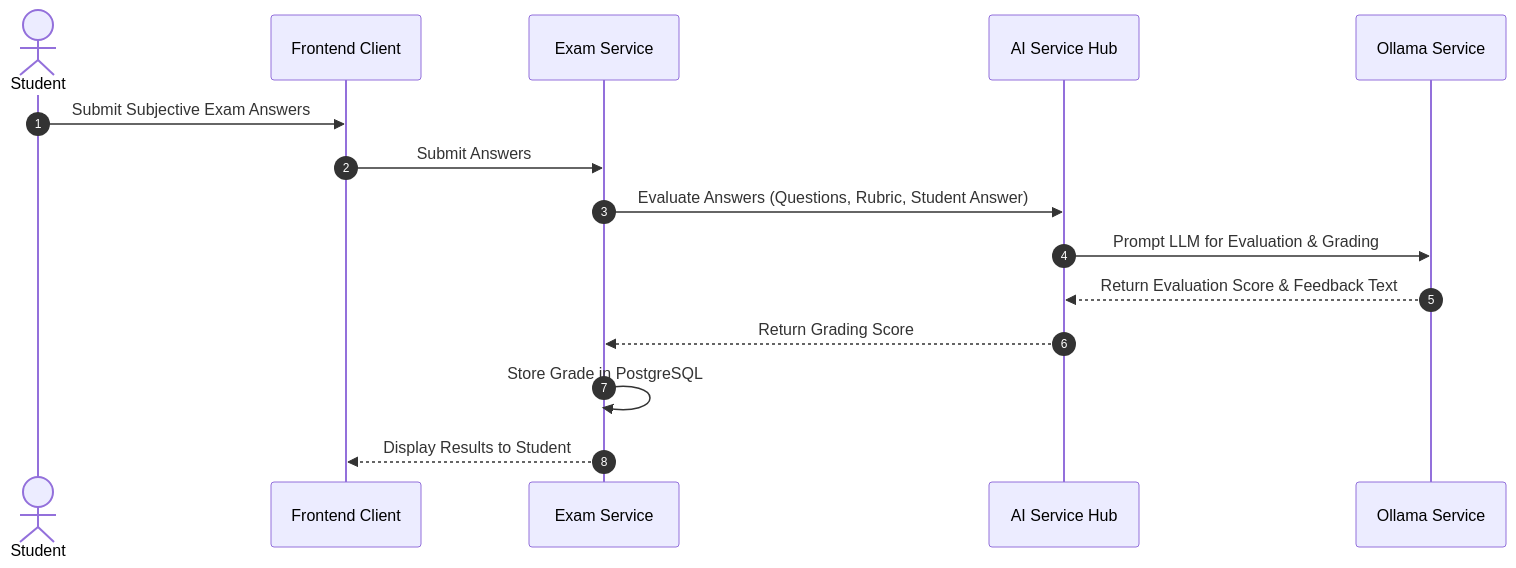
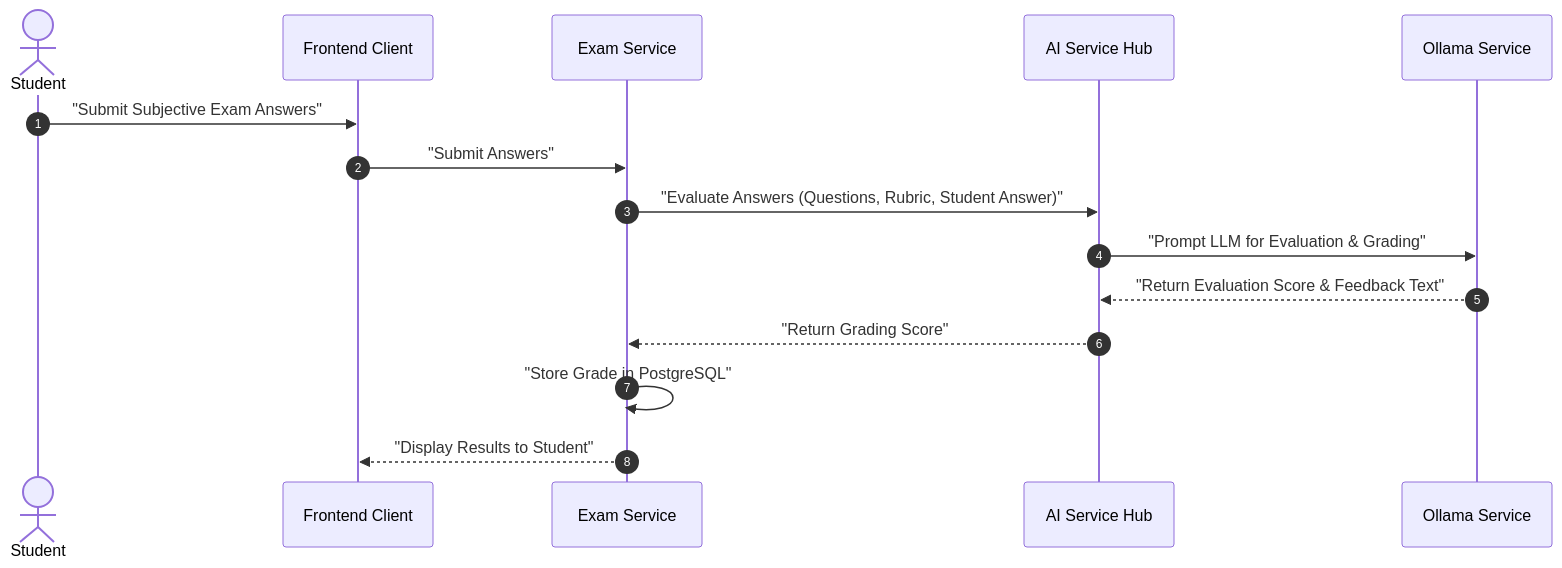
Before and after one commit to M-VIGNESH3/clahan-academy: the third of 3 diagrams in application_architecture.md, drawn with Mermaid. The commit also changed other lines of this file and 178 other files, not shown here.

````diff
--- a/application_architecture.md
+++ b/application_architecture.md
@@ -132,18 +140,18 @@
 ```mermaid
 sequenceDiagram
     autonumber
     actor Student
     participant UI as Frontend Client
     participant ES as Exam Service
     participant AI as AI Service Hub
     participant O as Ollama Service
 
-    Student->>UI: Submit Subjective Exam Answers
-    UI->>ES: Submit Answers
-    ES->>AI: Evaluate Answers (Questions, Rubric, Student Answer)
-    AI->>O: Prompt LLM for Evaluation & Grading
-    O-->>AI: Return Evaluation Score & Feedback Text
-    AI-->>ES: Return Grading Score
-    ES->>ES: Store Grade in PostgreSQL
-    ES-->>UI: Display Results to Student
+    Student->>UI: "Submit Subjective Exam Answers"
+    UI->>ES: "Submit Answers"
+    ES->>AI: "Evaluate Answers (Questions, Rubric, Student Answer)"
+    AI->>O: "Prompt LLM for Evaluation & Grading"
+    O-->>AI: "Return Evaluation Score & Feedback Text"
+    AI-->>ES: "Return Grading Score"
+    ES->>ES: "Store Grade in PostgreSQL"
+    ES-->>UI: "Display Results to Student"
 ```
````
